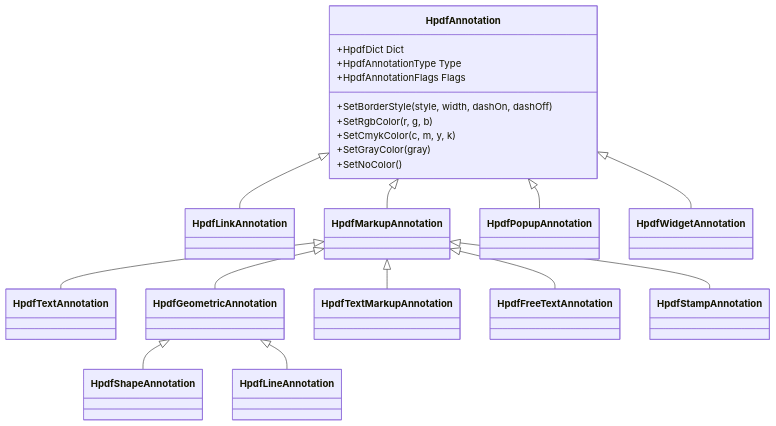
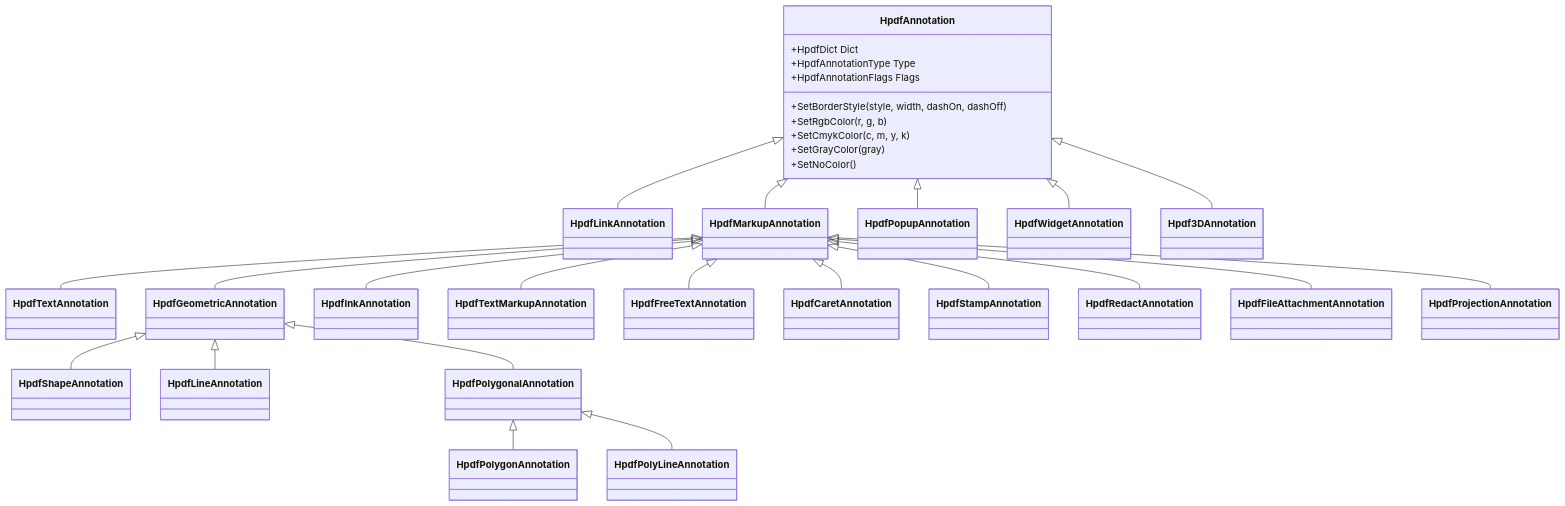
The diagram in docs/api/annotations/HpdfAnnotation.md (nikolaygekht/haru-net-full-port), drawn with Mermaid before and after one commit. The commit also changed other lines of this file and 58 other files, not shown here.

````diff
--- a/docs/api/annotations/HpdfAnnotation.md
+++ b/docs/api/annotations/HpdfAnnotation.md
@@ -16,24 +16,33 @@
 ```mermaid
 classDiagram
     HpdfAnnotation <|-- HpdfLinkAnnotation
     HpdfAnnotation <|-- HpdfMarkupAnnotation
     HpdfAnnotation <|-- HpdfPopupAnnotation
     HpdfAnnotation <|-- HpdfWidgetAnnotation
+    HpdfAnnotation <|-- Hpdf3DAnnotation
     HpdfMarkupAnnotation <|-- HpdfTextAnnotation
     HpdfMarkupAnnotation <|-- HpdfGeometricAnnotation
     HpdfGeometricAnnotation <|-- HpdfShapeAnnotation
     HpdfGeometricAnnotation <|-- HpdfLineAnnotation
+    HpdfGeometricAnnotation <|-- HpdfPolygonalAnnotation
+    HpdfPolygonalAnnotation <|-- HpdfPolygonAnnotation
+    HpdfPolygonalAnnotation <|-- HpdfPolyLineAnnotation
+    HpdfMarkupAnnotation <|-- HpdfInkAnnotation
     HpdfMarkupAnnotation <|-- HpdfTextMarkupAnnotation
     HpdfMarkupAnnotation <|-- HpdfFreeTextAnnotation
+    HpdfMarkupAnnotation <|-- HpdfCaretAnnotation
     HpdfMarkupAnnotation <|-- HpdfStampAnnotation
+    HpdfMarkupAnnotation <|-- HpdfRedactAnnotation
+    HpdfMarkupAnnotation <|-- HpdfFileAttachmentAnnotation
+    HpdfMarkupAnnotation <|-- HpdfProjectionAnnotation
     class HpdfAnnotation {
         +HpdfDict Dict
         +HpdfAnnotationType Type
         +HpdfAnnotationFlags Flags
         +SetBorderStyle(style, width, dashOn, dashOff)
         +SetRgbColor(r, g, b)
         +SetCmykColor(c, m, y, k)
         +SetGrayColor(gray)
         +SetNoColor()
     }
 ```
````
